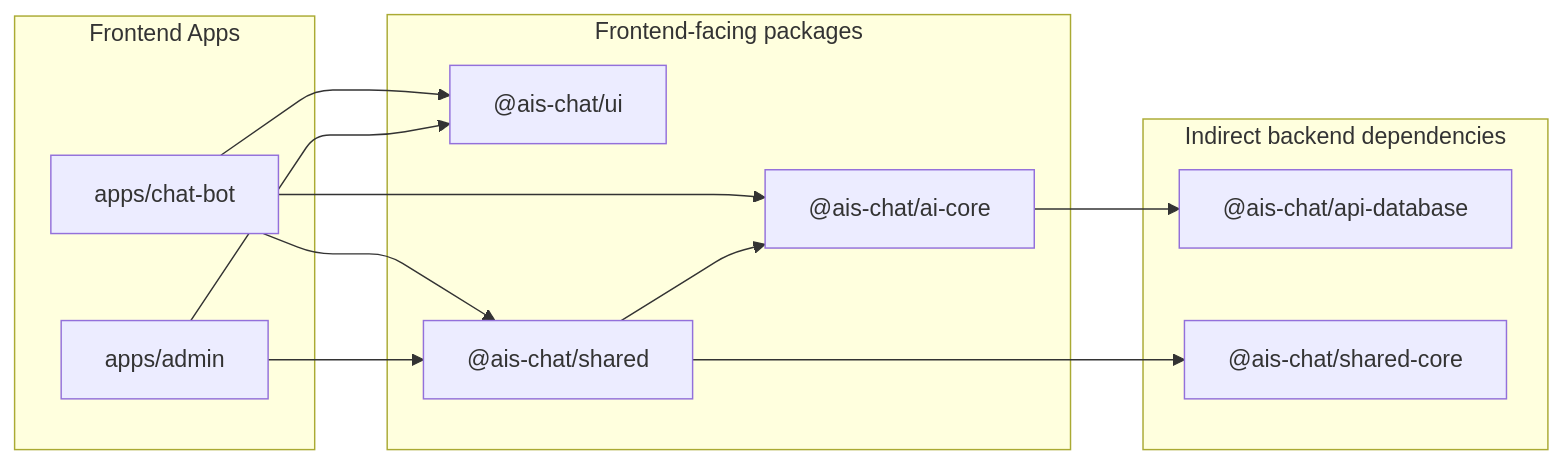
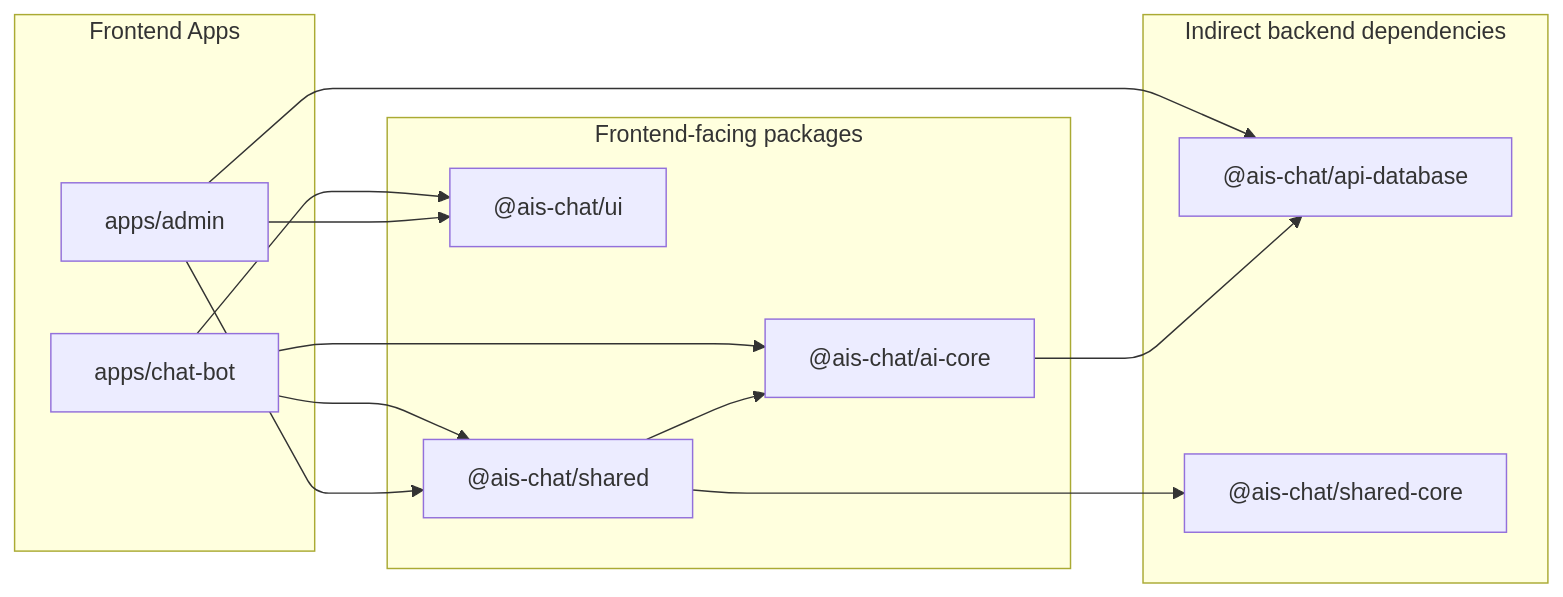
Before and after one commit to FWU-DE/telli-dialog: the sixth of 22 diagrams in docs/current_architecture/architecture.md, drawn with Mermaid. The commit also changed other lines of this file and 1 other file, not shown here.

````diff
--- a/docs/current_architecture/architecture.md
+++ b/docs/current_architecture/architecture.md
@@ -128,24 +128,24 @@
 ```mermaid
 %%{init: {'flowchart': {'curve': 'rounded'}}}%%
 graph LR
     subgraph feapps["Frontend Apps"]
         chatbot["apps/chat-bot"]
         admin["apps/admin"]
     end
 
     subgraph fepkg["Frontend-facing packages"]
         ui["@ais-chat/ui"]
         shared["@ais-chat/shared"]
         aicore["@ais-chat/ai-core"]
     end
 
     subgraph beds["Indirect backend dependencies"]
         apidb["@ais-chat/api-database"]
         sharedcore["@ais-chat/shared-core"]
     end
 
     chatbot --> ui & shared & aicore
-    admin --> ui & shared
+    admin --> ui & shared & apidb
     shared --> aicore & sharedcore
     aicore --> apidb
 ```
````
